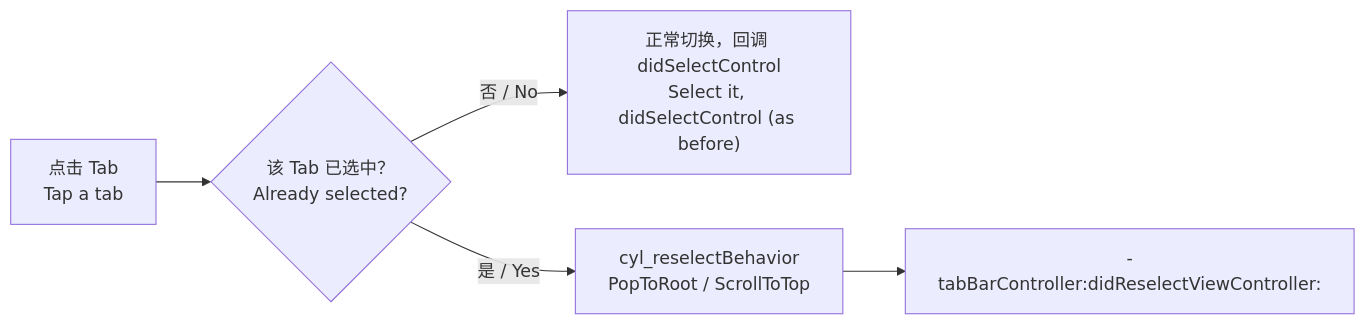
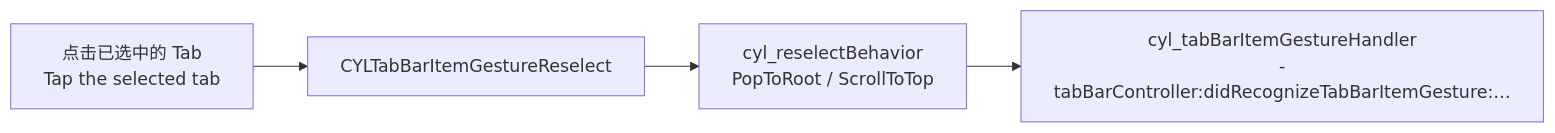
One commit to ChenYilong/CYLTabBarController changed the diagram in docs/Tab-Reselect.md. Above: the diagram before and after it, drawn with Mermaid. The commit also changed other lines of this file and 8 other files, not shown here.

First line of the commit message:
refactor: ♻️ build reselect actions on the tab bar item gestures from master

````diff
--- a/docs/Tab-Reselect.md
+++ b/docs/Tab-Reselect.md
@@ -17,7 +17,6 @@
 ```mermaid
 flowchart LR
-    T["点击 Tab<br/>Tap a tab"] --> Q{"该 Tab 已选中？<br/>Already selected?"}
-    Q -- "否 / No" --> S["正常切换，回调 didSelectControl<br/>Select it, didSelectControl (as before)"]
-    Q -- "是 / Yes" --> B["cyl_reselectBehavior<br/>PopToRoot / ScrollToTop"]
-    B --> D["-tabBarController:didReselectViewController:"]
+    T["点击已选中的 Tab<br/>Tap the selected tab"] --> R["CYLTabBarItemGestureReselect"]
+    R --> B["cyl_reselectBehavior<br/>PopToRoot / ScrollToTop"]
+    B --> C["cyl_tabBarItemGestureHandler<br/>-tabBarController:didRecognizeTabBarItemGesture:…"]
 ```
````
